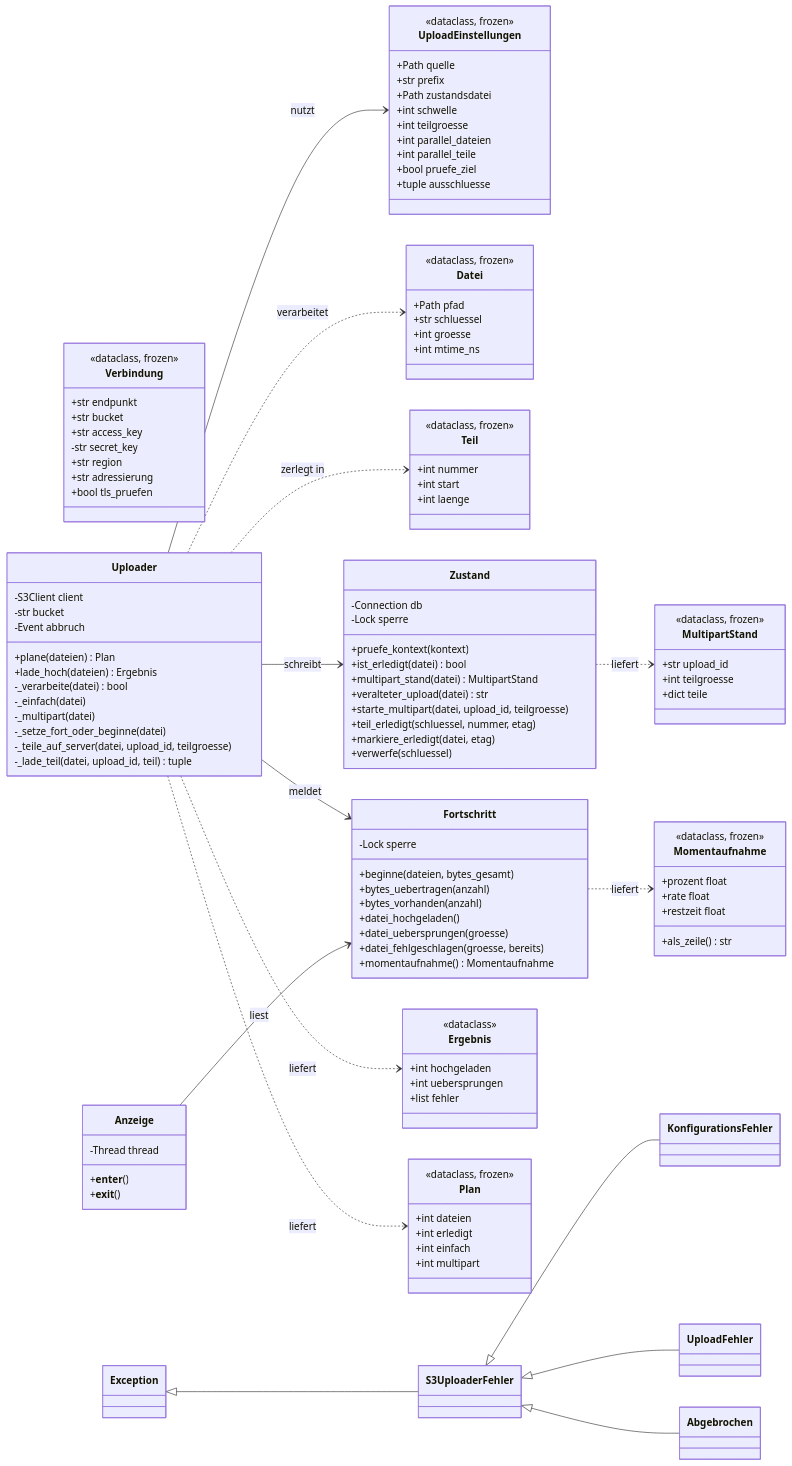
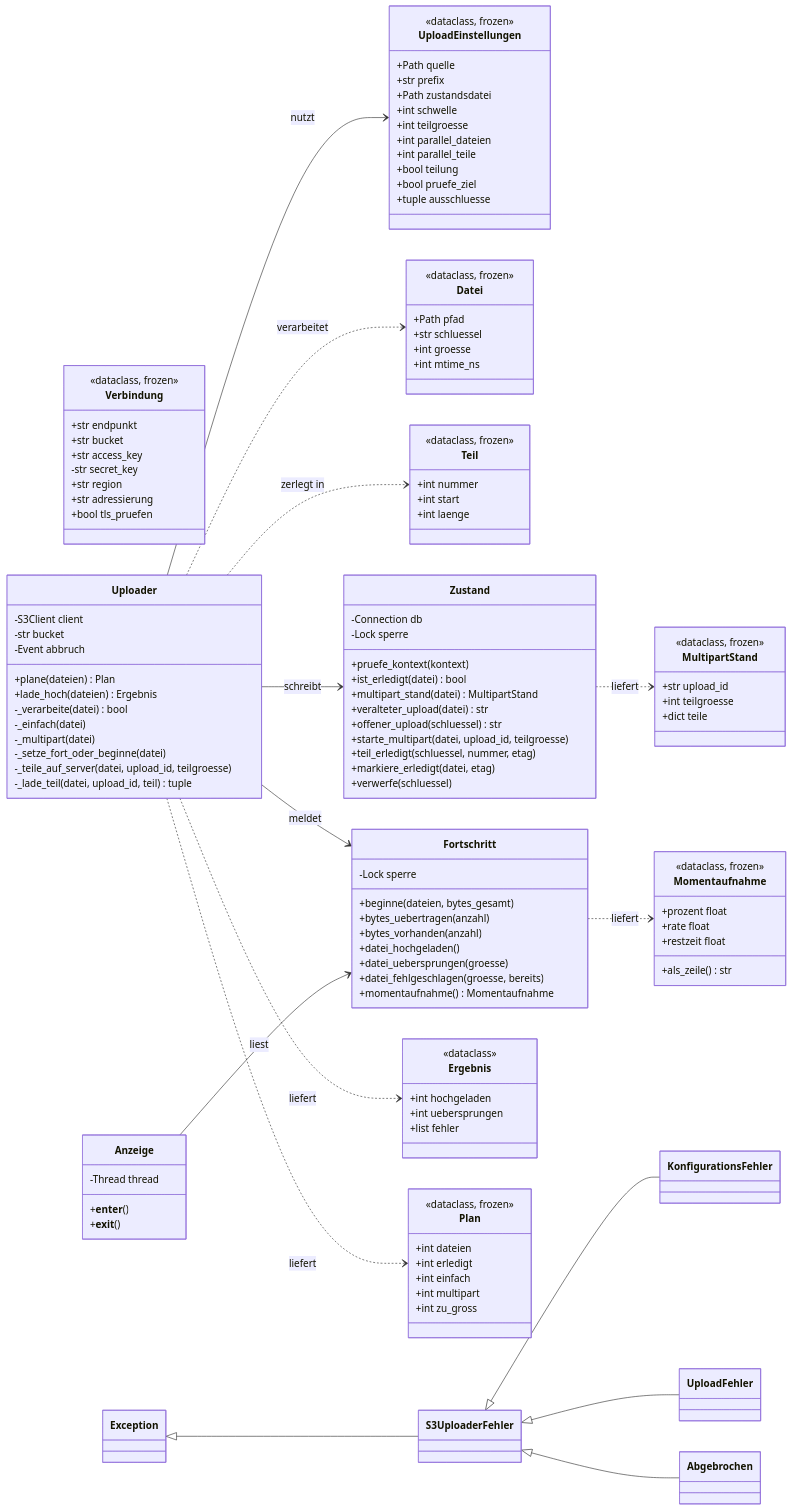
One commit to Weitenbummler/s3-uploader changed the second of 5 diagrams in docs/architektur.md. Above: the diagram before and after it, drawn with Mermaid. The commit also changed other lines of this file and 4 other files, not shown here.

```diff
--- a/docs/architektur.md
+++ b/docs/architektur.md
@@ -65,6 +65,7 @@
         +int teilgroesse
         +int parallel_dateien
         +int parallel_teile
+        +bool teilung
         +bool pruefe_ziel
         +tuple ausschluesse
     }
@@ -105,6 +106,7 @@
         +ist_erledigt(datei) bool
         +multipart_stand(datei) MultipartStand
         +veralteter_upload(datei) str
+        +offener_upload(schluessel) str
         +starte_multipart(datei, upload_id, teilgroesse)
         +teil_erledigt(schluessel, nummer, etag)
         +markiere_erledigt(datei, etag)
@@ -156,6 +158,7 @@
         +int erledigt
         +int einfach
         +int multipart
+        +int zu_gross
     }
 
     class S3UploaderFehler
```
